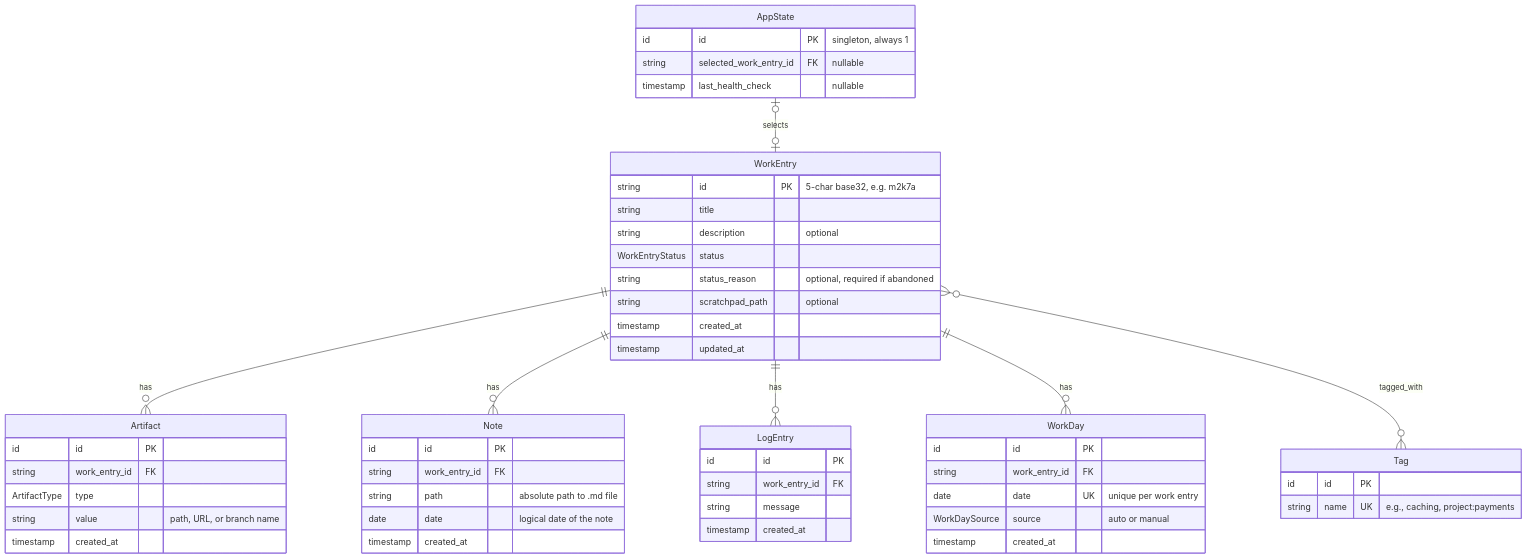
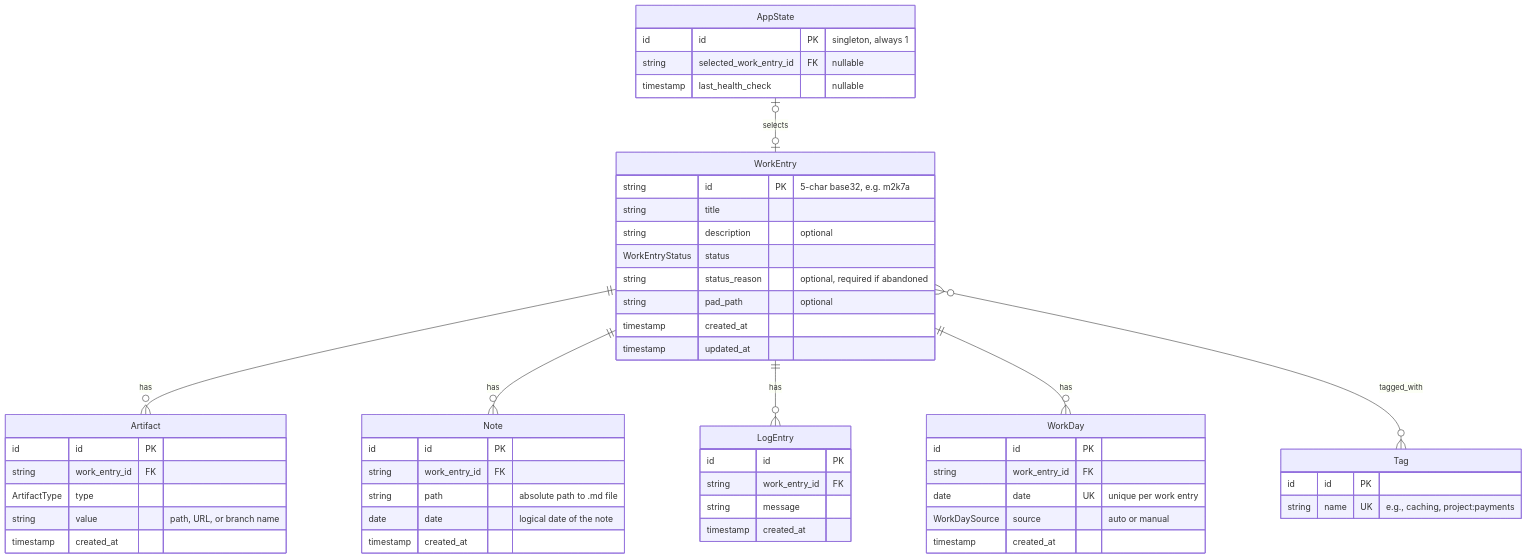
One commit to lydietoure/orbit changed the first of 2 diagrams in docs/DATA_MODEL.md. Above: the diagram before and after it, drawn with Mermaid. The commit also changed other lines of this file and 15 other files, not shown here.

First line of the commit message:
Rename `scratchpad` to `pad` throughout the codebase

````diff
--- a/docs/DATA_MODEL.md
+++ b/docs/DATA_MODEL.md
@@ -44,62 +44,62 @@
 ```mermaid
 erDiagram
     WorkEntry ||--o{ Artifact : has
     WorkEntry ||--o{ Note : has
     WorkEntry ||--o{ LogEntry : has
     WorkEntry ||--o{ WorkDay : has
     WorkEntry }o--o{ Tag : tagged_with
     AppState |o--o| WorkEntry : selects
 
     WorkEntry {
         string id PK "5-char base32, e.g. m2k7a"
         string title
         string description "optional"
         WorkEntryStatus status
         string status_reason "optional, required if abandoned"
-        string scratchpad_path "optional"
+        string pad_path "optional"
         timestamp created_at
         timestamp updated_at
     }
 
     Tag {
         id id PK
         string name UK "e.g., caching, project:payments"
     }
 
     Artifact {
         id id PK
         string work_entry_id FK
         ArtifactType type
         string value "path, URL, or branch name"
         timestamp created_at
     }
 
     Note {
         id id PK
         string work_entry_id FK
         string path "absolute path to .md file"
         date date "logical date of the note"
         timestamp created_at
     }
 
     LogEntry {
         id id PK
         string work_entry_id FK
         string message
         timestamp created_at
     }
 
     WorkDay {
         id id PK
         string work_entry_id FK
         date date UK "unique per work entry"
         WorkDaySource source "auto or manual"
         timestamp created_at
     }
 
     AppState {
         id id PK "singleton, always 1"
         string selected_work_entry_id FK "nullable"
         timestamp last_health_check "nullable"
     }
 ```
````
